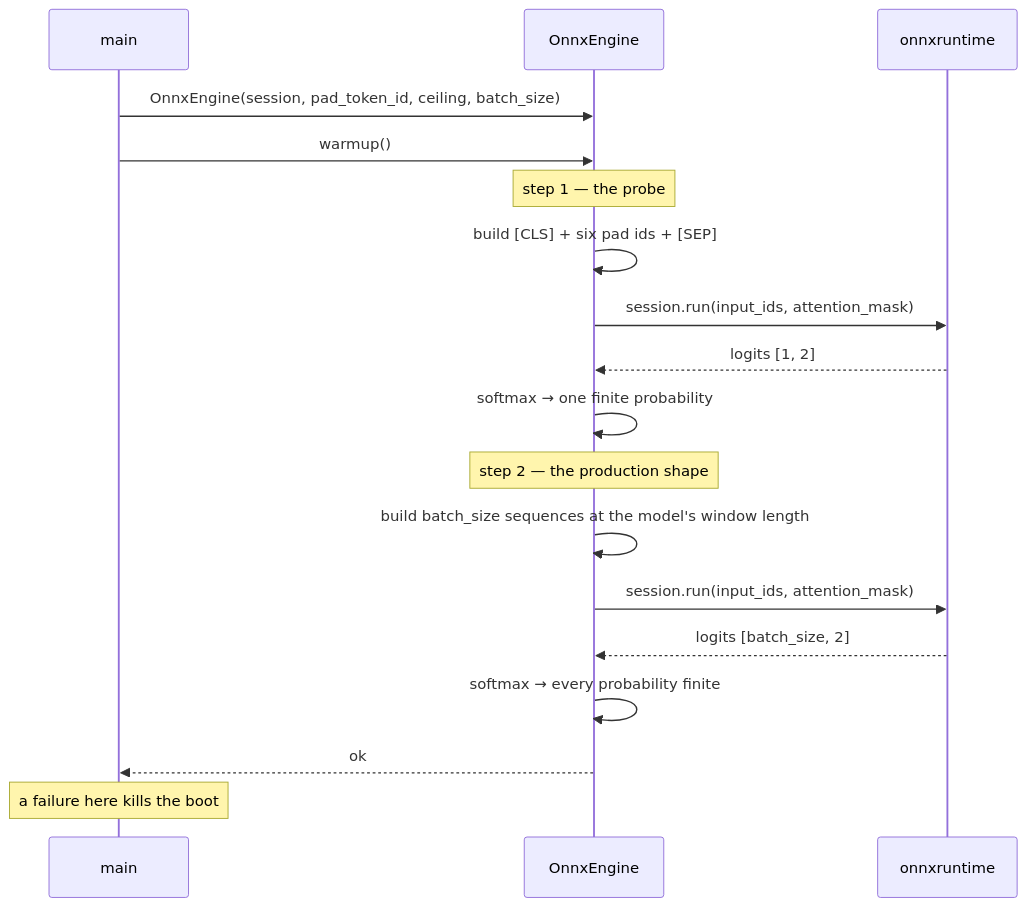
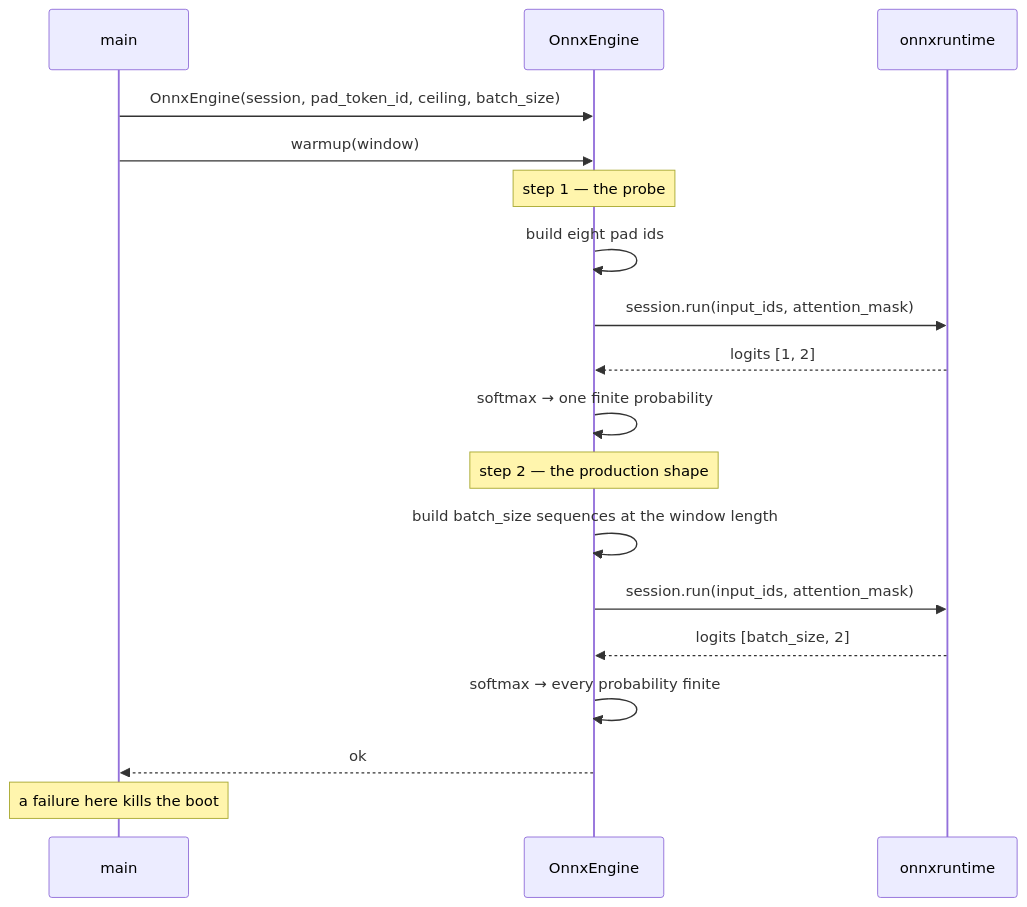
The third of 6 diagrams in services/inference/specifications/references/inference-engine.md (kunalPisolkar24/detectAI), drawn with Mermaid before and after one commit. The commit also changed other lines of this file and 8 other files, not shown here.

````diff
--- a/services/inference/specifications/references/inference-engine.md
+++ b/services/inference/specifications/references/inference-engine.md
@@ -478,21 +490,21 @@
 ```mermaid
 sequenceDiagram
     participant M as main
     participant E as OnnxEngine
     participant O as onnxruntime
 
     M->>E: OnnxEngine(session, pad_token_id, ceiling, batch_size)
-    M->>E: warmup()
+    M->>E: warmup(window)
     Note over E: step 1 — the probe
-    E->>E: build [CLS] + six pad ids + [SEP]
+    E->>E: build eight pad ids
     E->>O: session.run(input_ids, attention_mask)
     O-->>E: logits [1, 2]
     E->>E: softmax → one finite probability
     Note over E: step 2 — the production shape
-    E->>E: build batch_size sequences at the model's window length
+    E->>E: build batch_size sequences at the window length
     E->>O: session.run(input_ids, attention_mask)
     O-->>E: logits [batch_size, 2]
     E->>E: softmax → every probability finite
     E-->>M: ok
     Note over M: a failure here kills the boot
 ```
````
